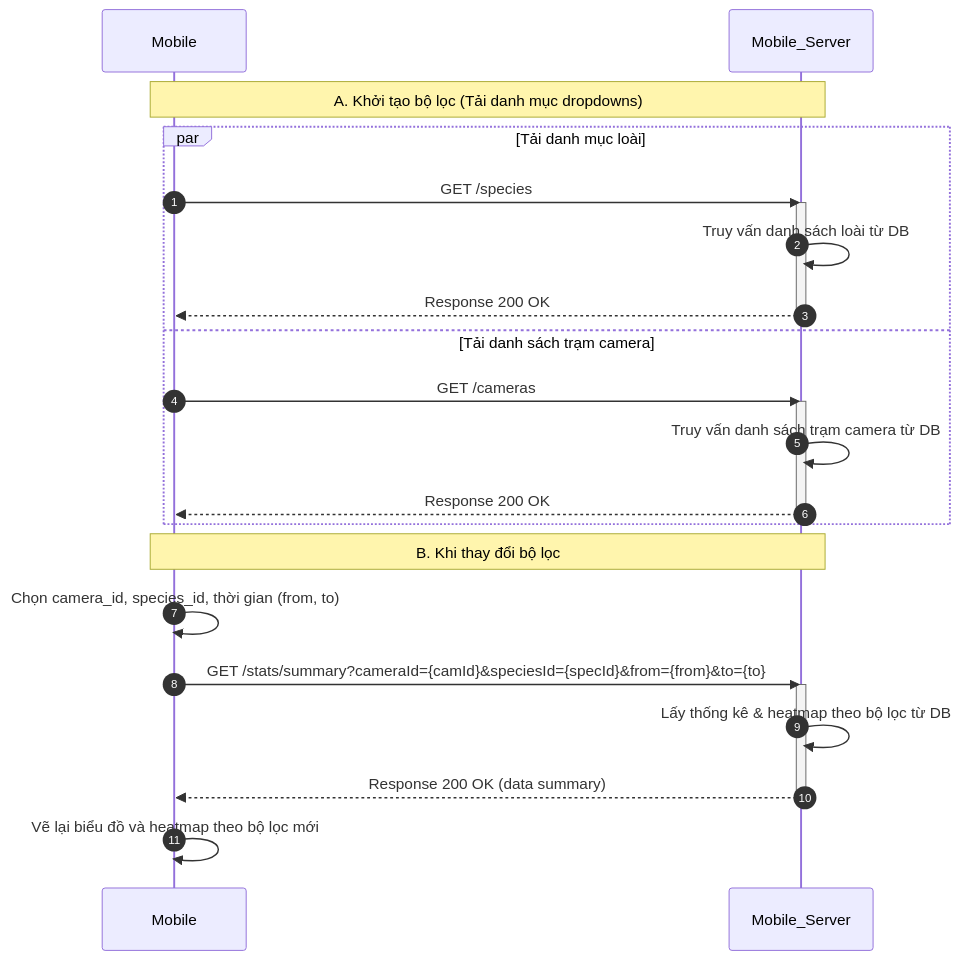
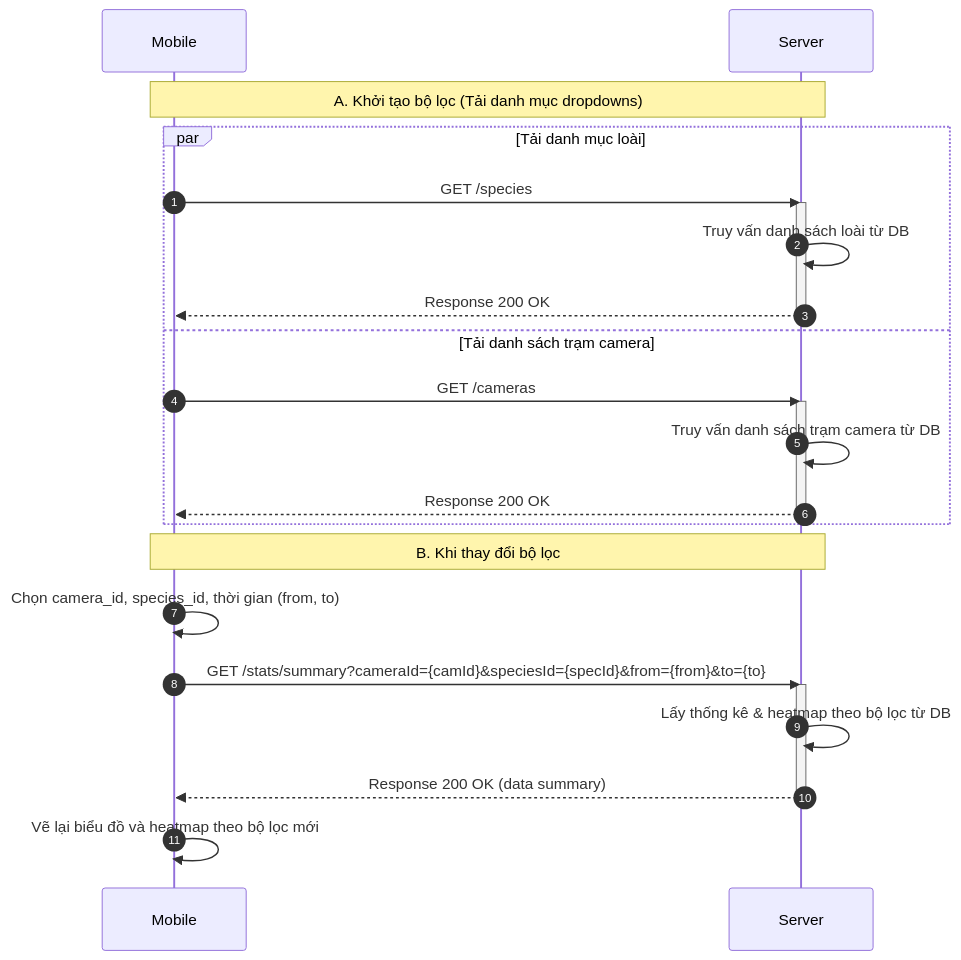
Before and after one commit to trungnguyenthien/Wildlife-Warning-and-Deterrence-System: the sixth of 18 diagrams in docs/04-sequence-diagram.md, drawn with Mermaid. The commit also changed other lines of this file, not shown here.

Commit message:
docs: update sequence diagram to reflect latest system workflow changes

````diff
--- a/docs/04-sequence-diagram.md
+++ b/docs/04-sequence-diagram.md
@@ -269,30 +269,30 @@
 ```mermaid
 sequenceDiagram
     autonumber
     participant Mobile as Mobile
-    participant Mobile_Server as Mobile_Server
+    participant Server as Server
 
-    Note over Mobile, Mobile_Server: A. Khởi tạo bộ lọc (Tải danh mục dropdowns)
+    Note over Mobile, Server: A. Khởi tạo bộ lọc (Tải danh mục dropdowns)
     par Tải danh mục loài
-        Mobile->>Mobile_Server: GET /species
-        activate Mobile_Server
-        Mobile_Server->>Mobile_Server: Truy vấn danh sách loài từ DB
-        Mobile_Server-->>Mobile: Response 200 OK
-        deactivate Mobile_Server
+        Mobile->>Server: GET /species
+        activate Server
+        Server->>Server: Truy vấn danh sách loài từ DB
+        Server-->>Mobile: Response 200 OK
+        deactivate Server
     and Tải danh sách trạm camera
-        Mobile->>Mobile_Server: GET /cameras
-        activate Mobile_Server
-        Mobile_Server->>Mobile_Server: Truy vấn danh sách trạm camera từ DB
-        Mobile_Server-->>Mobile: Response 200 OK
-        deactivate Mobile_Server
+        Mobile->>Server: GET /cameras
+        activate Server
+        Server->>Server: Truy vấn danh sách trạm camera từ DB
+        Server-->>Mobile: Response 200 OK
+        deactivate Server
     end
 
-    Note over Mobile, Mobile_Server: B. Khi thay đổi bộ lọc
+    Note over Mobile, Server: B. Khi thay đổi bộ lọc
     Mobile->>Mobile: Chọn camera_id, species_id, thời gian (from, to)
-    Mobile->>Mobile_Server: GET /stats/summary?cameraId={camId}&speciesId={specId}&from={from}&to={to}
-    activate Mobile_Server
-    Mobile_Server->>Mobile_Server: Lấy thống kê & heatmap theo bộ lọc từ DB
-    Mobile_Server-->>Mobile: Response 200 OK (data summary)
-    deactivate Mobile_Server
+    Mobile->>Server: GET /stats/summary?cameraId={camId}&speciesId={specId}&from={from}&to={to}
+    activate Server
+    Server->>Server: Lấy thống kê & heatmap theo bộ lọc từ DB
+    Server-->>Mobile: Response 200 OK (data summary)
+    deactivate Server
     Mobile->>Mobile: Vẽ lại biểu đồ và heatmap theo bộ lọc mới
 ```
````
